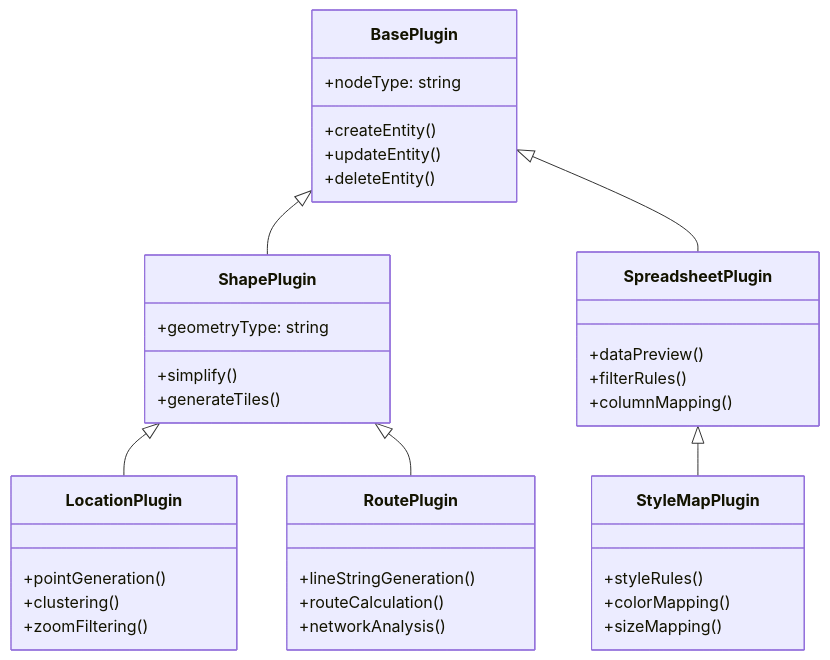
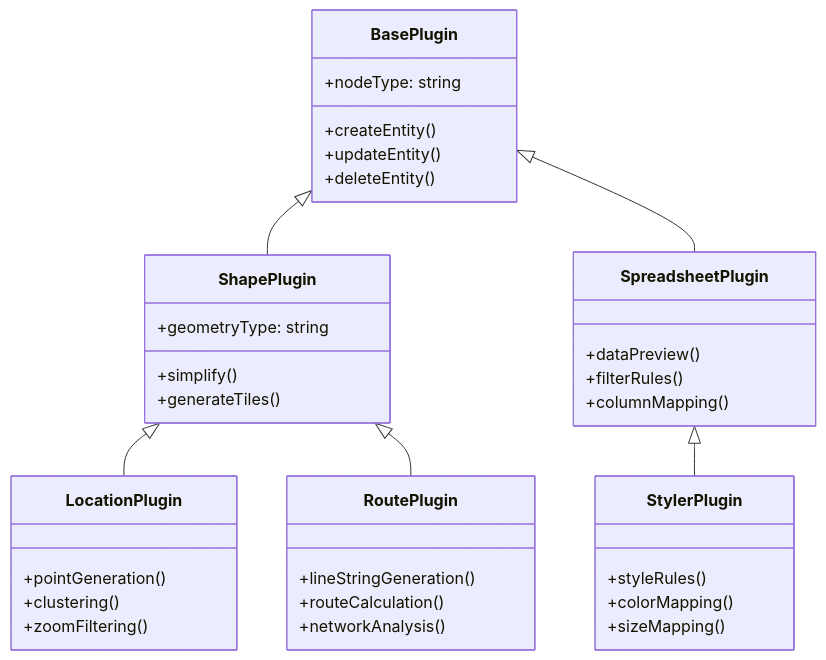
The second of 10 diagrams in docs/USER_MANUAL_COMPREHENSIVE/02_ADVANCED_USER_GUIDE.md (kubohiroya/hierarchidb), drawn with Mermaid before and after one commit. The commit also changed other lines of this file and 267 other files, not shown here.

First line of the commit message:
refactor: rename stylemap-plugin to styler-plugin

````diff
--- a/docs/USER_MANUAL_COMPREHENSIVE/02_ADVANCED_USER_GUIDE.md
+++ b/docs/USER_MANUAL_COMPREHENSIVE/02_ADVANCED_USER_GUIDE.md
@@ -56,45 +56,45 @@
 ```mermaid
 classDiagram
     class BasePlugin {
         +nodeType: string
         +createEntity()
         +updateEntity()
         +deleteEntity()
     }
     
     class ShapePlugin {
         +geometryType: string
         +simplify()
         +generateTiles()
     }
     
     class LocationPlugin {
         +pointGeneration()
         +clustering()
         +zoomFiltering()
     }
     
     class RoutePlugin {
         +lineStringGeneration()
         +routeCalculation()
         +networkAnalysis()
     }
     
     class SpreadsheetPlugin {
         +dataPreview()
         +filterRules()
         +columnMapping()
     }
     
-    class StyleMapPlugin {
+    class StylerPlugin {
         +styleRules()
         +colorMapping()
         +sizeMapping()
     }
     
     BasePlugin <|-- ShapePlugin
     ShapePlugin <|-- LocationPlugin
     ShapePlugin <|-- RoutePlugin
     BasePlugin <|-- SpreadsheetPlugin
-    SpreadsheetPlugin <|-- StyleMapPlugin
+    SpreadsheetPlugin <|-- StylerPlugin
 ```
````
